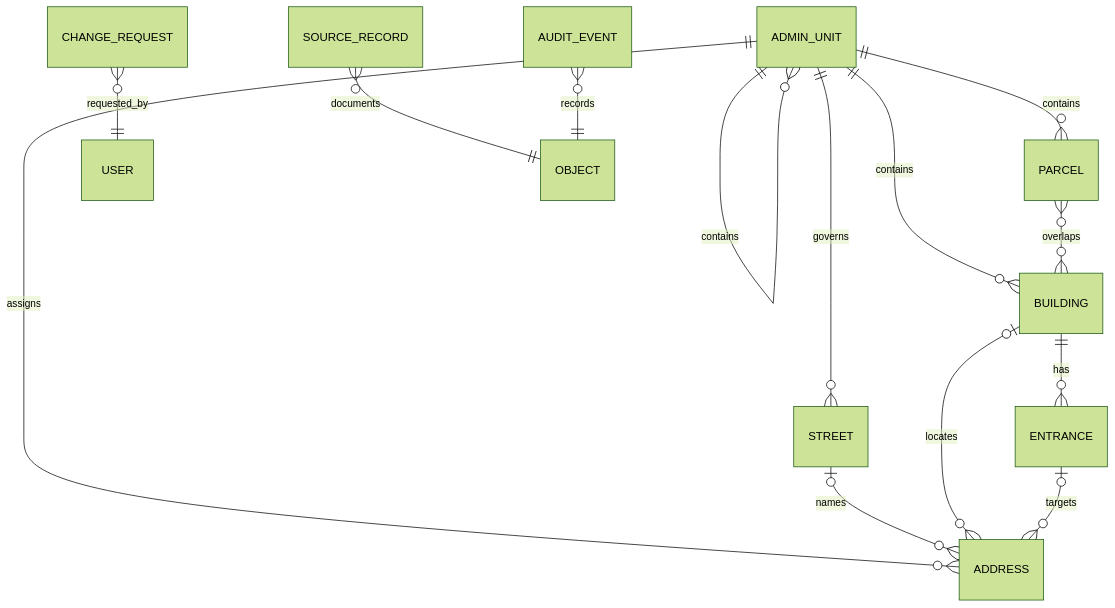
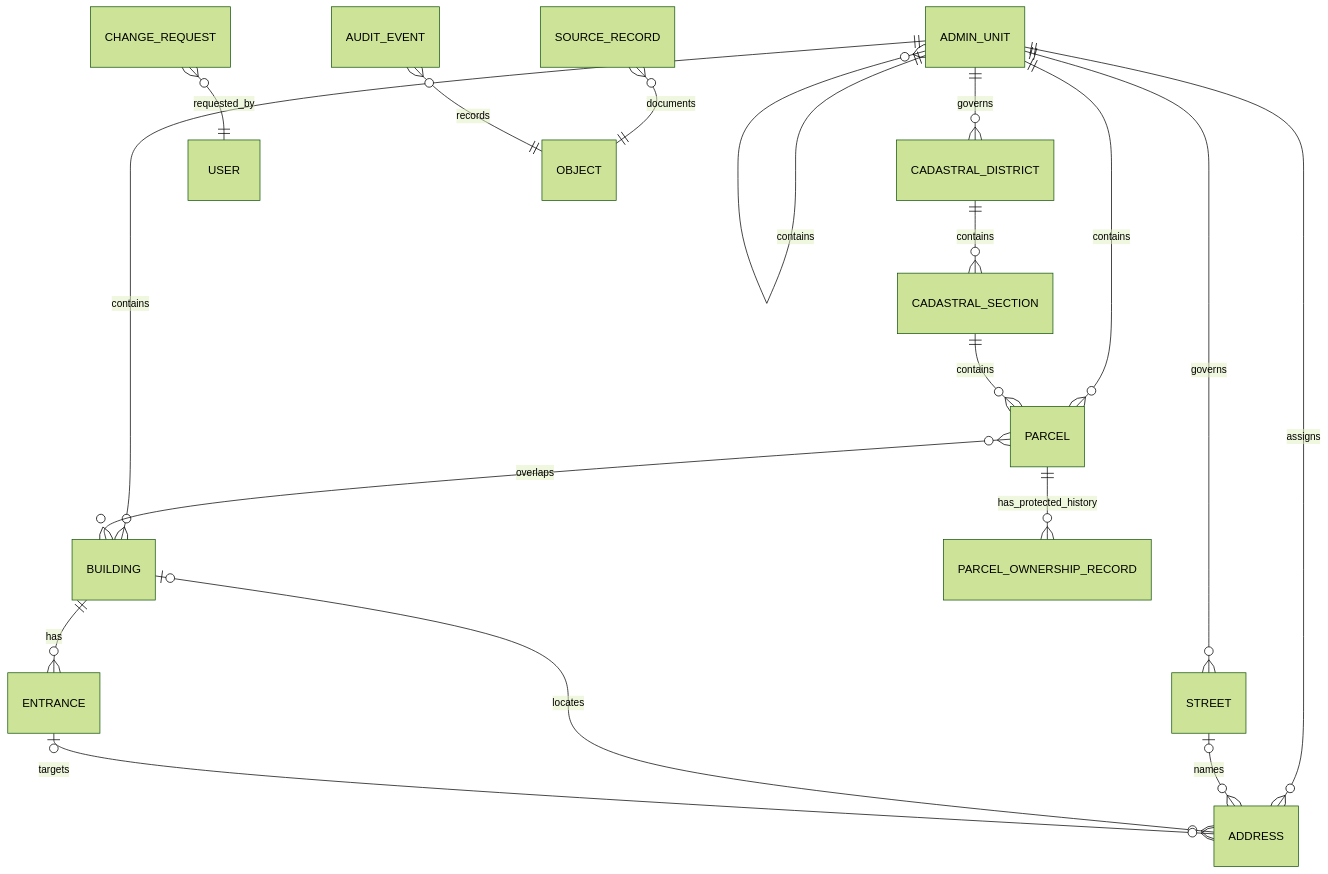
Before and after one commit to Abdulrahmankhaled1111/Syria-National-Address-System: the diagram in docs/DATA_MODEL.md, drawn with Mermaid (forest theme). The commit also changed other lines of this file and 8 other files, not shown here.

````diff
--- a/docs/DATA_MODEL.md
+++ b/docs/DATA_MODEL.md
@@ -3,16 +3,20 @@
 ```mermaid
 erDiagram
   ADMIN_UNIT ||--o{ ADMIN_UNIT : contains
   ADMIN_UNIT ||--o{ STREET : governs
   ADMIN_UNIT ||--o{ PARCEL : contains
   ADMIN_UNIT ||--o{ BUILDING : contains
   ADMIN_UNIT ||--o{ ADDRESS : assigns
+  ADMIN_UNIT ||--o{ CADASTRAL_DISTRICT : governs
+  CADASTRAL_DISTRICT ||--o{ CADASTRAL_SECTION : contains
+  CADASTRAL_SECTION ||--o{ PARCEL : contains
+  PARCEL ||--o{ PARCEL_OWNERSHIP_RECORD : has_protected_history
   PARCEL }o--o{ BUILDING : overlaps
   BUILDING ||--o{ ENTRANCE : has
   STREET o|--o{ ADDRESS : names
   BUILDING o|--o{ ADDRESS : locates
   ENTRANCE o|--o{ ADDRESS : targets
   CHANGE_REQUEST }o--|| USER : requested_by
   SOURCE_RECORD }o--|| OBJECT : documents
   AUDIT_EVENT }o--|| OBJECT : records
 ```
````
